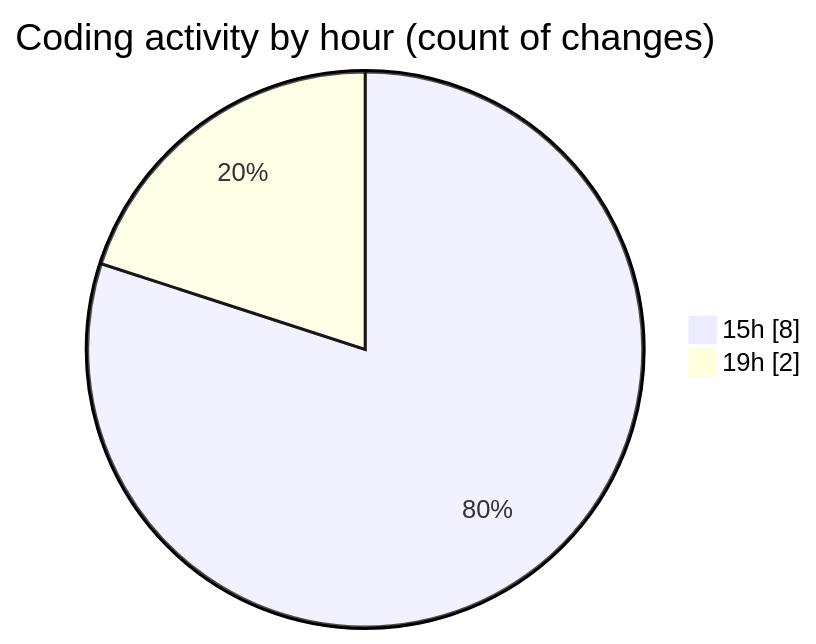
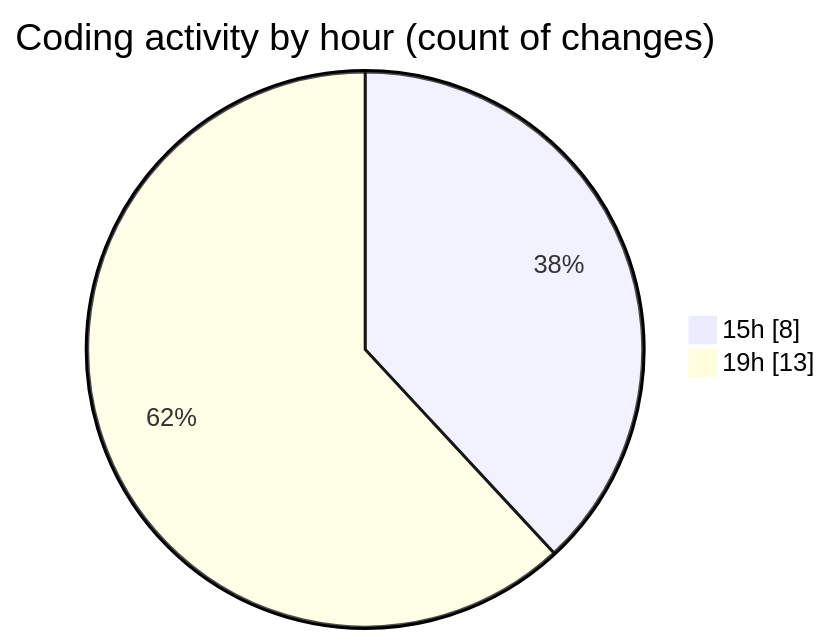
One commit to Ritupan-Deka/code-tracking changed the second of 2 diagrams in 2025-01-26/search/README.md. Above: the diagram before and after it, drawn with Mermaid. The commit also changed other lines of this file and 1 other file, not shown here.

````diff
--- a/2025-01-26/search/README.md
+++ b/2025-01-26/search/README.md
@@ -28,6 +31,6 @@
 ```mermaid
 pie showData
 title Coding activity by hour (count of changes)
 "15h" : 8
-"19h" : 2
+"19h" : 13
 ```
````
